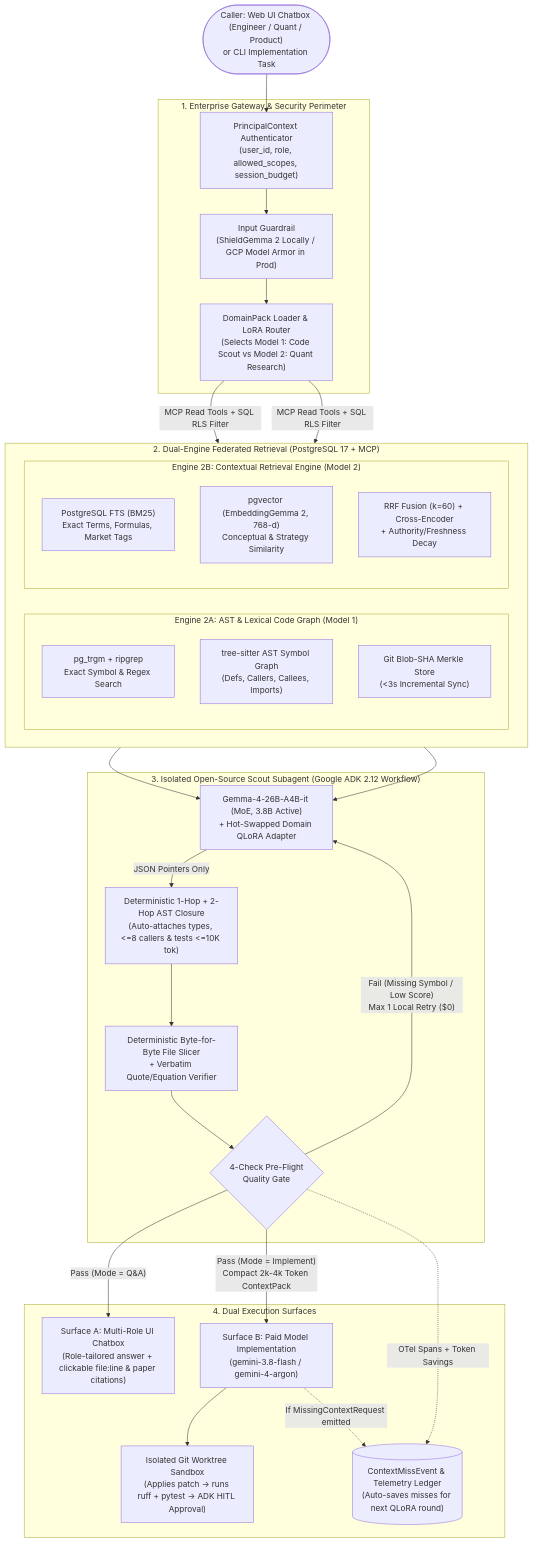
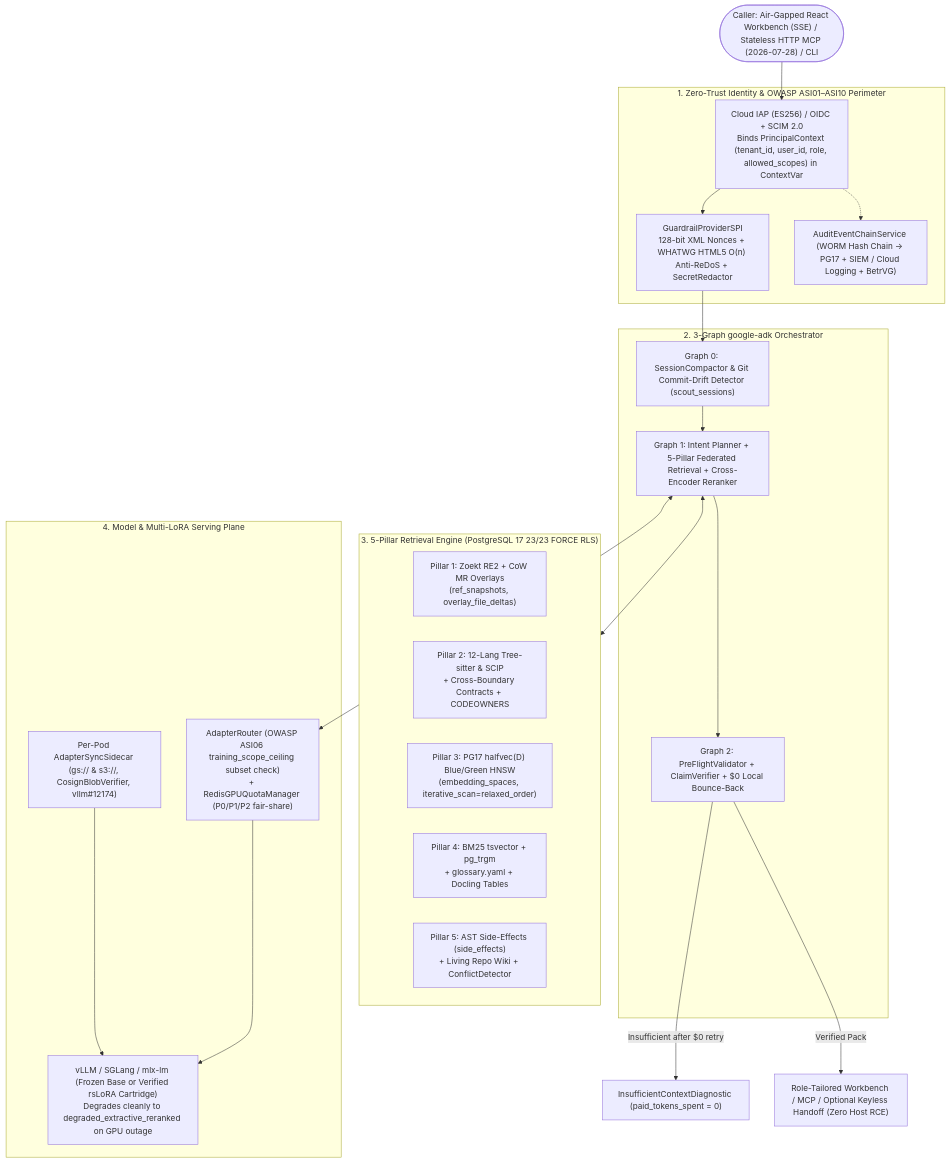
Before and after one commit to himanshu2408/enterprise-context-scout: the first of 2 diagrams in ARCHITECTURE_BLUEPRINT.md, drawn with Mermaid. The commit also changed other lines of this file and 450 other files, not shown here.

First line of the commit message:
release: Enterprise Context Scout v1.0.0 GA (#54)

````diff
--- a/ARCHITECTURE_BLUEPRINT.md
+++ b/ARCHITECTURE_BLUEPRINT.md
@@ -47,51 +40,40 @@
 ```mermaid
 flowchart TD
-    User(["Caller: Web UI Chatbox (Engineer / Quant / Product)\nor CLI Implementation Task"])
-    
-    subgraph Gateway["1. Enterprise Gateway & Security Perimeter"]
-        Auth["PrincipalContext Authenticator\n(user_id, role, allowed_scopes, session_budget)"]
-        GuardIn["Input Guardrail\n(ShieldGemma 2 Locally / GCP Model Armor in Prod)"]
-        Router["DomainPack Loader & LoRA Router\n(Selects Model 1: Code Scout vs Model 2: Quant Research)"]
+    User(["Caller: Air-Gapped React Workbench (SSE) / Stateless HTTP MCP (2026-07-28) / CLI"])
+
+    subgraph Gateway["1. Zero-Trust Identity & OWASP ASI01–ASI10 Perimeter"]
+        Auth["Cloud IAP (ES256) / OIDC + SCIM 2.0\nBinds PrincipalContext (tenant_id, user_id, role, allowed_scopes) in ContextVar"]
+        GuardIn["GuardrailProviderSPI\n128-bit XML Nonces + WHATWG HTML5 O(n) Anti-ReDoS + SecretRedactor"]
+        Audit["AuditEventChainService (WORM Hash Chain -> PG17 + SIEM / Cloud Logging + BetrVG)"]
     end
 
-    subgraph Retrieval["2. Dual-Engine Federated Retrieval (PostgreSQL 17 + MCP)"]
-        direction LR
-        subgraph CodeEngine["Engine 2A: AST & Lexical Code Graph (Model 1)"]
-            Trigram["pg_trgm + ripgrep\nExact Symbol & Regex Search"]
-            ASTGraph["tree-sitter AST Symbol Graph\n(Defs, Callers, Callees, Imports)"]
-            GitMerkle["Git Blob-SHA Merkle Store\n(<3s Incremental Sync)"]
-        end
-        subgraph DocEngine["Engine 2B: Contextual Retrieval Engine (Model 2)"]
-            BM25["PostgreSQL FTS (BM25)\nExact Terms, Formulas, Market Tags"]
-            DenseVec["pgvector (EmbeddingGemma 2, 768-d)\nConceptual & Strategy Similarity"]
-            Rerank["RRF Fusion (k=60) + Cross-Encoder\n+ Authority/Freshness Decay"]
-        end
+    subgraph Orchestrator["2. 3-Graph google-adk Orchestrator"]
+        G0["Graph 0: SessionCompactor & Git Commit-Drift Detector (scout_sessions)"]
+        G1["Graph 1: Intent Planner + 5-Pillar Federated Retrieval + Cross-Encoder Reranker"]
+        G2["Graph 2: PreFlightValidator + ClaimVerifier + $0 Local Bounce-Back"]
     end
 
-    subgraph ScoutLoop["3. Isolated Open-Source Scout Subagent (Google ADK 2.12 Workflow)"]
-        ScoutModel["Gemma-4-26B-A4B-it (MoE, 3.8B Active)\n+ Hot-Swapped Domain QLoRA Adapter"]
-        ASTExpand["Deterministic 1-Hop + 2-Hop AST Closure\n(Auto-attaches types, <=8 callers & tests <=10K tok)"]
-        Slicer["Deterministic Byte-for-Byte File Slicer\n+ Verbatim Quote/Equation Verifier"]
-        PreFlight{"4-Check Pre-Flight\nQuality Gate"}
+    subgraph Retrieval["3. 5-Pillar Retrieval Engine (PostgreSQL 17 23/23 FORCE RLS)"]
+        direction LR
+        P1["Pillar 1: Zoekt RE2 + CoW MR Overlays\n(ref_snapshots, overlay_file_deltas)"]
+        P2["Pillar 2: 12-Lang Tree-sitter & SCIP\n+ Cross-Boundary Contracts + CODEOWNERS"]
+        P3["Pillar 3: PG17 halfvec(D) Blue/Green HNSW\n(embedding_spaces, iterative_scan=relaxed_order)"]
+        P4["Pillar 4: BM25 tsvector + pg_trgm\n+ glossary.yaml + Docling Tables"]
+        P5["Pillar 5: AST Side-Effects (side_effects)\n+ Living Repo Wiki + ConflictDetector"]
     end
 
-    subgraph Outputs["4. Dual Execution Surfaces"]
-        ChatMode["Surface A: Multi-Role UI Chatbox\n(Role-tailored answer + clickable file:line & paper citations)"]
-        PaidHandoff["Surface B: Paid Model Implementation\n(gemini-3.8-flash / gemini-4-argon)"]
-        Worktree["Isolated Git Worktree Sandbox\n(Applies patch -> runs ruff + pytest -> ADK HITL Approval)"]
-        Flywheel[("ContextMissEvent & Telemetry Ledger\n(Auto-saves misses for next QLoRA round)")]
+    subgraph Serving["4. Model & Multi-LoRA Serving Plane"]
+        Router["AdapterRouter (OWASP ASI06 training_scope_ceiling subset check)\n+ RedisGPUQuotaManager (P0/P1/P2 fair-share)"]
+        Sidecar["Per-Pod AdapterSyncSidecar (gs:// & s3://, CosignBlobVerifier, vllm#12174)"]
+        LLM["vLLM / SGLang / mlx-lm (Frozen Base or Verified rsLoRA Cartridge)\nDegrades cleanly to degraded_extractive_reranked on GPU outage"]
     end
 
-    User --> Auth --> GuardIn --> Router
-    Router -->|MCP Read Tools + SQL RLS Filter| CodeEngine
-    Router -->|MCP Read Tools + SQL RLS Filter| DocEngine
-    CodeEngine --> ScoutModel
-    DocEngine --> ScoutModel
-    ScoutModel -->|JSON Pointers Only| ASTExpand --> Slicer --> PreFlight
-    PreFlight -->|"Fail (Missing Symbol / Low Score)\nMax 1 Local Retry ($0)"| ScoutModel
-    PreFlight -->|"Pass (Mode = Q&A)"| ChatMode
-    PreFlight -->|"Pass (Mode = Implement)\nCompact 2k-4k Token ContextPack"| PaidHandoff
-    PaidHandoff --> Worktree
-    PaidHandoff -.->|"If MissingContextRequest emitted"| Flywheel
-    PreFlight -.->|"OTel Spans + Token Savings"| Flywheel
+    User --> Auth --> GuardIn --> G0 --> G1 --> G2
+    Auth -.-> Audit
+    G1 <--> Retrieval
+    G1 <--> Router
+    Sidecar --> LLM
+    Router --> LLM
+    G2 -->|"Insufficient after $0 retry"| Abstain["InsufficientContextDiagnostic (paid_tokens_spent = 0)"]
+    G2 -->|"Verified Pack"| Out["Role-Tailored Workbench / MCP / Optional Keyless Handoff (Zero Host RCE)"]
 ```
````
